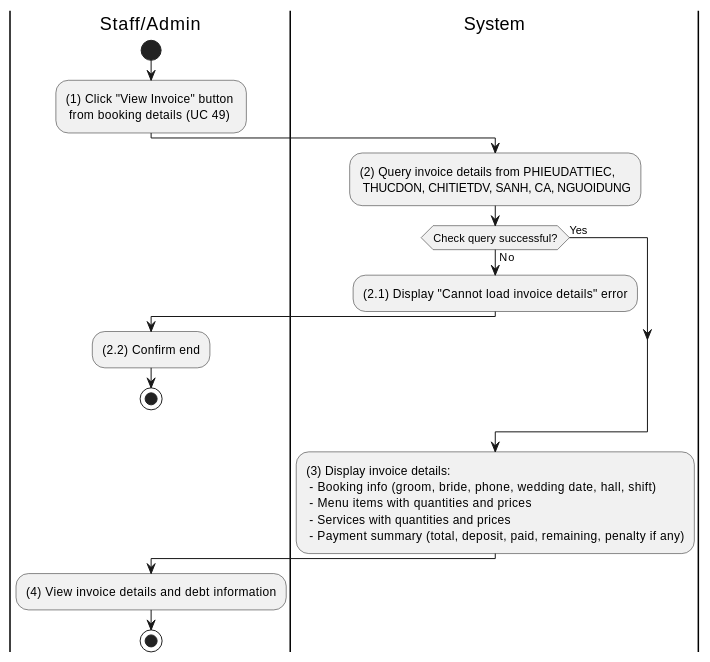
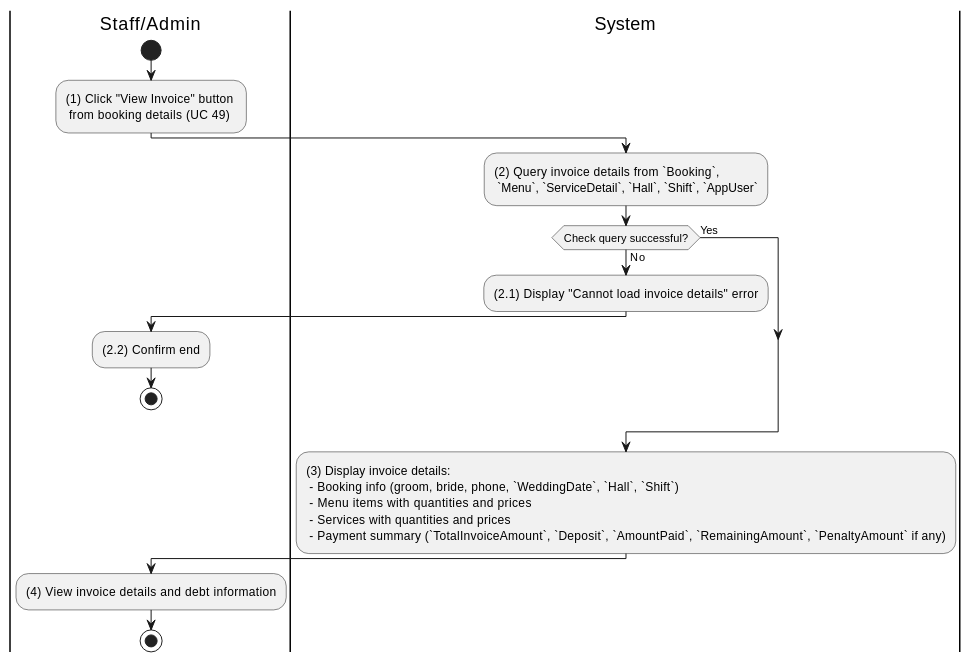
One commit to se113-wm/se113-wm.github.io changed the diagram in docs/docs/activity for wedding management system/manage-invoices/view-any-invoice-and-debt.md. Above: the diagram before and after it, drawn with PlantUML. The commit also changed 64 other files, not shown here.

````diff
--- a/docs/docs/activity for wedding management system/manage-invoices/view-any-invoice-and-debt.md
+++ b/docs/docs/activity for wedding management system/manage-invoices/view-any-invoice-and-debt.md
@@ -3,31 +3,31 @@
 ```plantuml
 @startuml
 |S|Staff/Admin
 |Sys|System
 
 |S|
 start
 
 :(1) Click "View Invoice" button \n from booking details (UC 49);
 
 |Sys|
-:(2) Query invoice details from PHIEUDATTIEC, \n THUCDON, CHITIETDV, SANH, CA, NGUOIDUNG;
+:(2) Query invoice details from `Booking`, \n `Menu`, `ServiceDetail`, `Hall`, `Shift`, `AppUser`;
 
 if (Check query successful?) then (No)
 	:(2.1) Display "Cannot load invoice details" error;
 	|S|
 	:(2.2) Confirm end;
 	stop
 else (Yes)
 endif
 
 |Sys|
-:(3) Display invoice details: \n - Booking info (groom, bride, phone, wedding date, hall, shift) \n - Menu items with quantities and prices \n - Services with quantities and prices \n - Payment summary (total, deposit, paid, remaining, penalty if any);
+:(3) Display invoice details: \n - Booking info (groom, bride, phone, `WeddingDate`, `Hall`, `Shift`) \n - Menu items with quantities and prices \n - Services with quantities and prices \n - Payment summary (`TotalInvoiceAmount`, `Deposit`, `AmountPaid`, `RemainingAmount`, `PenaltyAmount` if any);
 
 |S|
 :(4) View invoice details and debt information;
 
 stop
 
 @enduml
 ```
````
